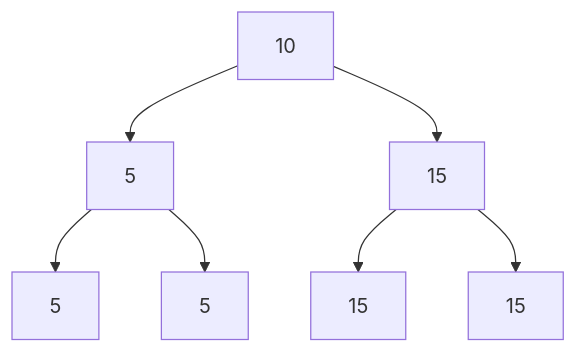
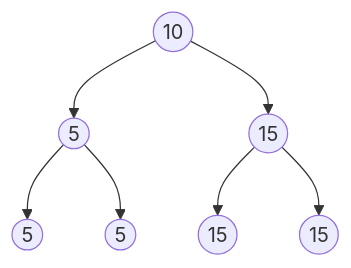
One commit to 3strategy/BeautifulMivney changed the tenth of 39 diagrams in cst/6binnode/Ex6a4binnode.md. Above: the diagram before and after it, drawn with Mermaid. The commit also changed other lines of this file and 3 other files, not shown here.

````diff
--- a/cst/6binnode/Ex6a4binnode.md
+++ b/cst/6binnode/Ex6a4binnode.md
@@ -209,9 +209,9 @@
     ```mermaid
     flowchart TB
-      A[10] --> B[5]
-      A --> C[15]
-      B --> D[5]:::leaf
-      B --> E[5]:::leaf
-      C --> F[15]:::leaf
-      C --> G[15]:::leaf
+      A((10)) --> B((5))
+      A --> C((15))
+      B --> D((5)):::leaf
+      B --> E((5)):::leaf
+      C --> F((15)):::leaf
+      C --> G((15)):::leaf
     ```
````
